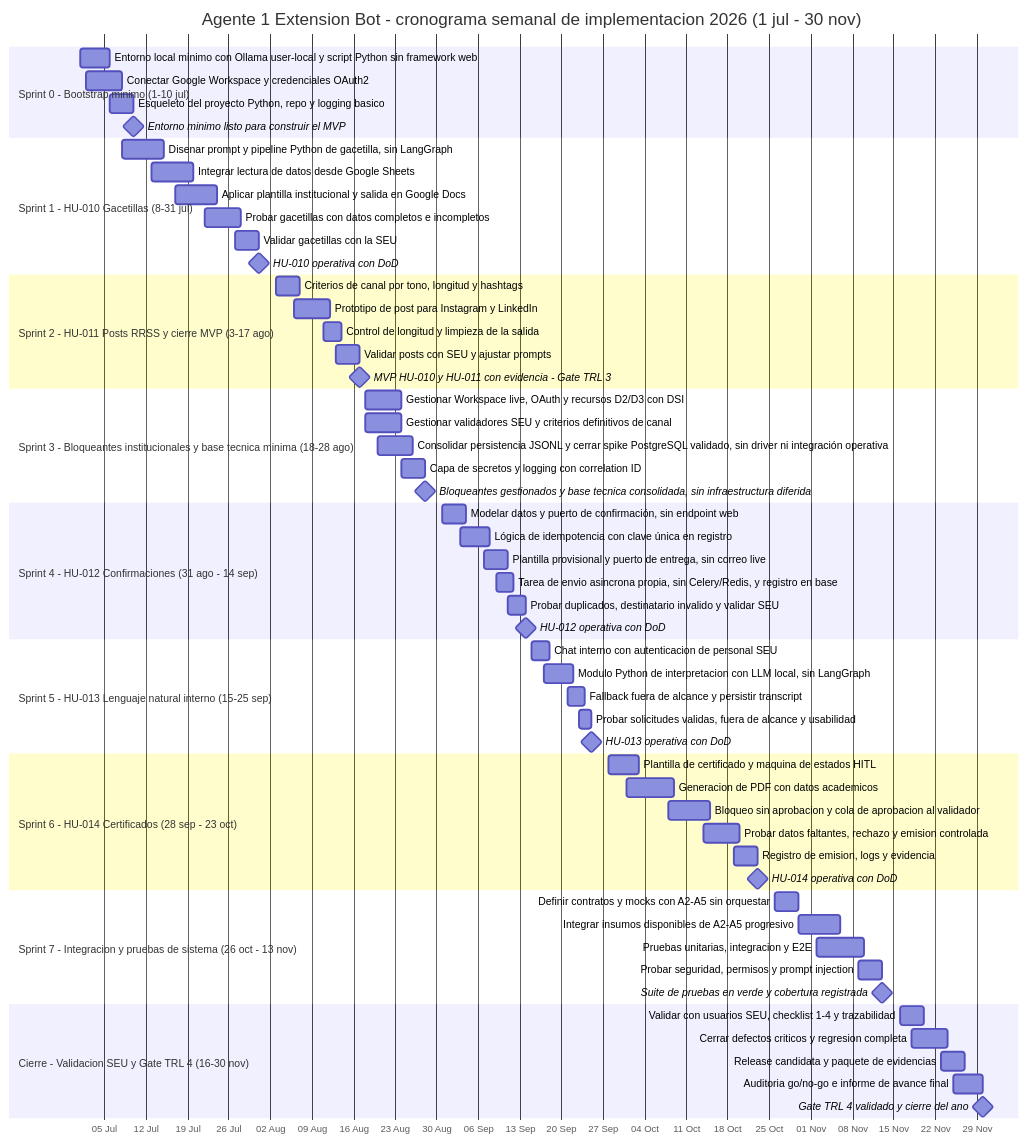
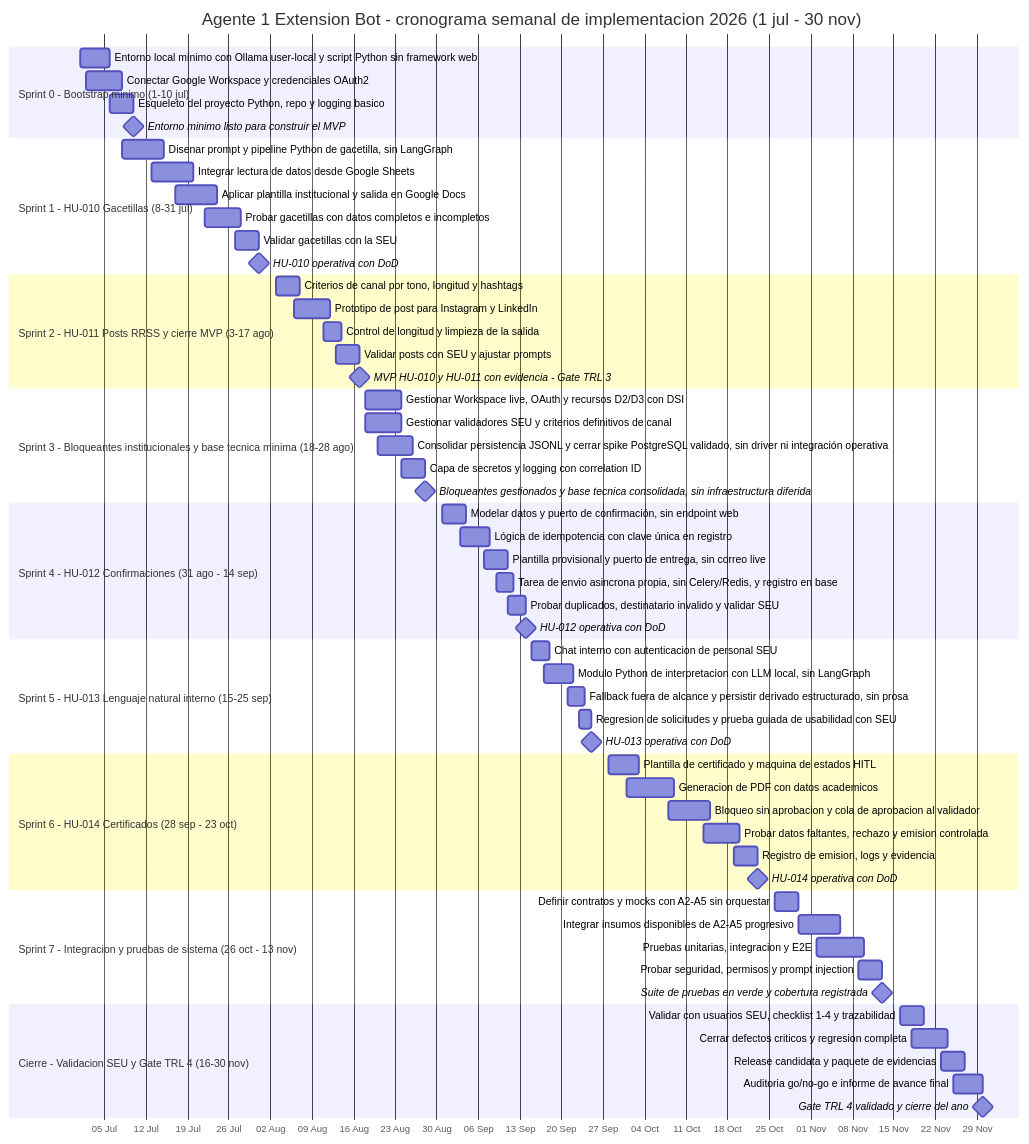
The diagram in Documentos/Gantt/diagrama-gantt-implementacion-semanal.mmd (SpendIce/Proyecto-Final), drawn with Mermaid before and after one commit. The commit also changed 2 other files, not shown here.

Commit message:
docs(gantt): audit the anteproyecto and reformulate HU-013 tasks
- Auditoria documental del anteproyecto contra la baseline real
  (Auditoria-Anteproyecto-Baseline-2026-09-21.md): las 20 secciones
  estan en orden y 28 afirmaciones quedan clasificadas; los hallazgos
  accionables quedan listados para la actualizacion del .tex (issue #10).
- s5c reformulada: el plan original decia "persistir transcript" y
  contradecia la spec de HU-013 (#18), que prohibe conservar la prosa
  escrita por las personas. La tarea queda como "fallback fuera de
  alcance y persistir derivado estructurado, sin prosa" y se marca
  hecha al 2026-09-09 (mismo corte que s5b).
- s5d renombrada para explicitar sus dos mitades: la regresion de
  solicitudes validas y fuera de alcance ya existe (#19-#26); la prueba
  guiada de usabilidad con una persona de la SEU sigue pendiente de
  ejecucion y es bloqueante externo — el recorrido documentado no
  cuenta como prueba hecha.

Generated with [Devin](https://devin.ai)

```diff
--- a/Documentos/Gantt/diagrama-gantt-implementacion-semanal.mmd
+++ b/Documentos/Gantt/diagrama-gantt-implementacion-semanal.mmd
@@ -1,71 +1,71 @@
 gantt
     title Agente 1 Extension Bot - cronograma semanal de implementacion 2026 (1 jul - 30 nov)
     dateFormat  YYYY-MM-DD
     axisFormat  %d %b
     tickInterval 1week
     todayMarker stroke-width:2px,stroke:#0f766e,opacity:0.6
 
     section Sprint 0 - Bootstrap minimo (1-10 jul)
     Entorno local minimo con Ollama user-local y script Python sin framework web :s0a, 2026-07-01, 2026-07-06
     Conectar Google Workspace y credenciales OAuth2          :s0b, 2026-07-02, 2026-07-08
     Esqueleto del proyecto Python, repo y logging basico      :s0c, 2026-07-06, 2026-07-10
     Entorno minimo listo para construir el MVP               :milestone, m0, 2026-07-10, 0d
 
     section Sprint 1 - HU-010 Gacetillas (8-31 jul)
     Disenar prompt y pipeline Python de gacetilla, sin LangGraph :s1a, 2026-07-08, 2026-07-15
     Integrar lectura de datos desde Google Sheets            :s1b, 2026-07-13, 2026-07-20
     Aplicar plantilla institucional y salida en Google Docs  :s1c, 2026-07-17, 2026-07-24
     Probar gacetillas con datos completos e incompletos      :s1d, 2026-07-22, 2026-07-28
     Validar gacetillas con la SEU                            :s1e, 2026-07-27, 2026-07-31
     HU-010 operativa con DoD                                 :milestone, m1, 2026-07-31, 0d
 
     section Sprint 2 - HU-011 Posts RRSS y cierre MVP (3-17 ago)
     Criterios de canal por tono, longitud y hashtags         :s2a, 2026-08-03, 2026-08-07
     Prototipo de post para Instagram y LinkedIn              :s2b, 2026-08-06, 2026-08-12
     Control de longitud y limpieza de la salida              :s2c, 2026-08-11, 2026-08-14
     Validar posts con SEU y ajustar prompts                 :s2d, 2026-08-13, 2026-08-17
     MVP HU-010 y HU-011 con evidencia - Gate TRL 3          :milestone, m2, 2026-08-17, 0d
 
     section Sprint 3 - Bloqueantes institucionales y base tecnica minima (18-28 ago)
     Gestionar Workspace live, OAuth y recursos D2/D3 con DSI :s3a, 2026-08-18, 2026-08-24
     Gestionar validadores SEU y criterios definitivos de canal :s3b, 2026-08-18, 2026-08-24
     Consolidar persistencia JSONL y cerrar spike PostgreSQL validado, sin driver ni integración operativa :s3c, 2026-08-20, 2026-08-26
     Capa de secretos y logging con correlation ID           :s3d, 2026-08-24, 2026-08-28
     Bloqueantes gestionados y base tecnica consolidada, sin infraestructura diferida :milestone, m3, 2026-08-28, 0d
 
     section Sprint 4 - HU-012 Confirmaciones (31 ago - 14 sep)
     Modelar datos y puerto de confirmación, sin endpoint web :s4a, 2026-08-31, 2026-09-04
     Lógica de idempotencia con clave única en registro       :s4b, 2026-09-03, 2026-09-08
     Plantilla provisional y puerto de entrega, sin correo live :s4c, 2026-09-07, 2026-09-11
     Tarea de envio asincrona propia, sin Celery/Redis, y registro en base :s4d, 2026-09-09, 2026-09-12
     Probar duplicados, destinatario invalido y validar SEU   :s4e, 2026-09-11, 2026-09-14
     HU-012 operativa con DoD                                 :milestone, m4, 2026-09-14, 0d
 
     section Sprint 5 - HU-013 Lenguaje natural interno (15-25 sep)
     Chat interno con autenticacion de personal SEU           :s5a, 2026-09-15, 2026-09-18
     Modulo Python de interpretacion con LLM local, sin LangGraph :s5b, 2026-09-17, 2026-09-22
-    Fallback fuera de alcance y persistir transcript         :s5c, 2026-09-21, 2026-09-24
-    Probar solicitudes validas, fuera de alcance y usabilidad :s5d, 2026-09-23, 2026-09-25
+    Fallback fuera de alcance y persistir derivado estructurado, sin prosa :s5c, 2026-09-21, 2026-09-24
+    Regresion de solicitudes y prueba guiada de usabilidad con SEU :s5d, 2026-09-23, 2026-09-25
     HU-013 operativa con DoD                                 :milestone, m5, 2026-09-25, 0d
 
     section Sprint 6 - HU-014 Certificados (28 sep - 23 oct)
     Plantilla de certificado y maquina de estados HITL       :s6a, 2026-09-28, 2026-10-03
     Generacion de PDF con datos academicos                   :s6b, 2026-10-01, 2026-10-09
     Bloqueo sin aprobacion y cola de aprobacion al validador :s6c, 2026-10-08, 2026-10-15
     Probar datos faltantes, rechazo y emision controlada     :s6d, 2026-10-14, 2026-10-20
     Registro de emision, logs y evidencia                    :s6e, 2026-10-19, 2026-10-23
     HU-014 operativa con DoD                                 :milestone, m6, 2026-10-23, 0d
 
     section Sprint 7 - Integracion y pruebas de sistema (26 oct - 13 nov)
     Definir contratos y mocks con A2-A5 sin orquestar        :s7a, 2026-10-26, 2026-10-30
     Integrar insumos disponibles de A2-A5 progresivo         :s7b, 2026-10-30, 2026-11-06
     Pruebas unitarias, integracion y E2E                     :s7c, 2026-11-02, 2026-11-10
     Probar seguridad, permisos y prompt injection            :s7d, 2026-11-09, 2026-11-13
     Suite de pruebas en verde y cobertura registrada         :milestone, m7, 2026-11-13, 0d
 
     section Cierre - Validacion SEU y Gate TRL 4 (16-30 nov)
     Validar con usuarios SEU, checklist 1-4 y trazabilidad   :c1, 2026-11-16, 2026-11-20
     Cerrar defectos criticos y regresion completa            :c2, 2026-11-18, 2026-11-24
     Release candidata y paquete de evidencias                :c3, 2026-11-23, 2026-11-27
     Auditoria go/no-go e informe de avance final             :c4, 2026-11-25, 2026-11-30
     Gate TRL 4 validado y cierre del ano                     :milestone, m8, 2026-11-30, 0d
```
